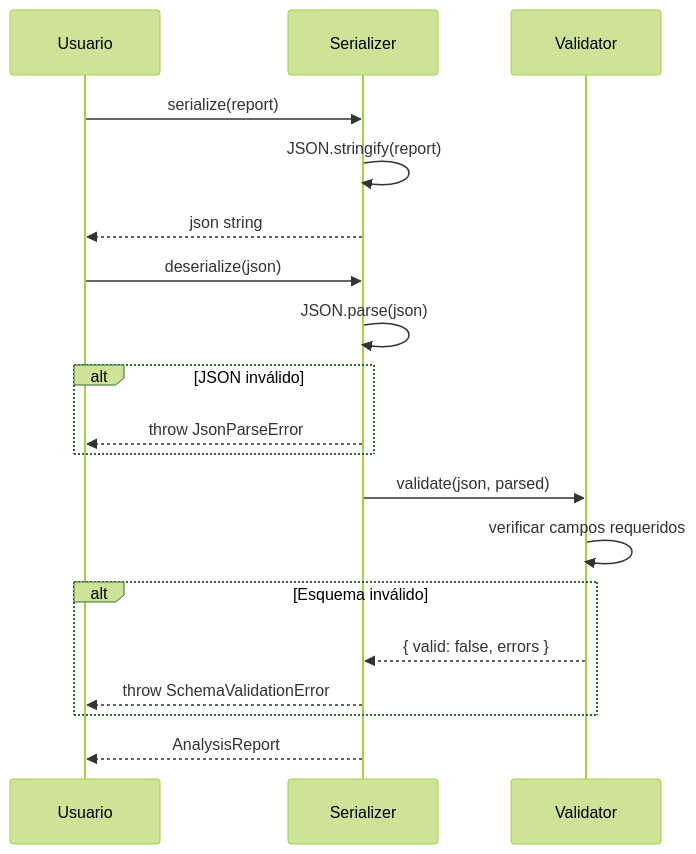
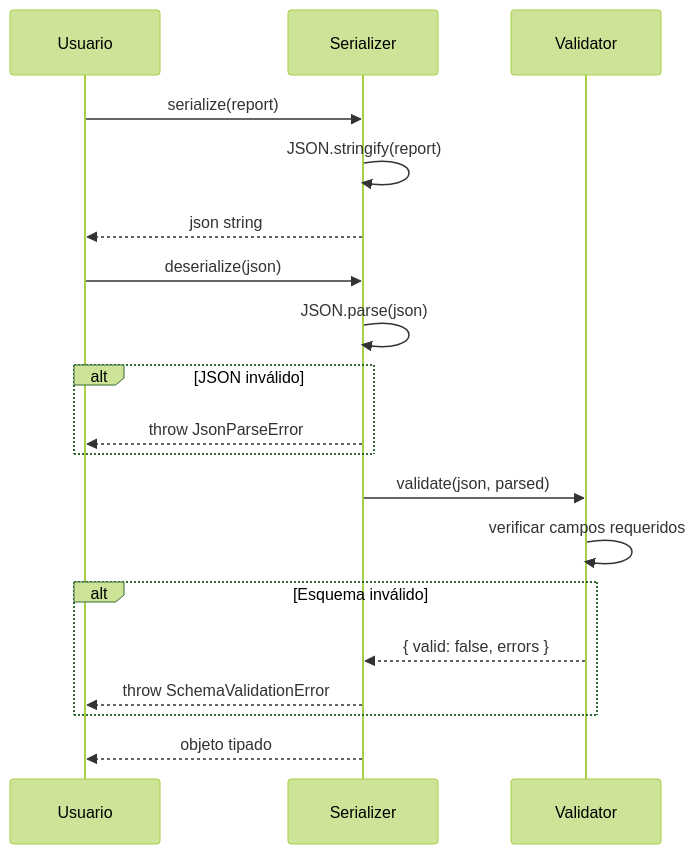
One commit to preyesc/erp-modernization-toolkit changed the ninth of 10 diagrams in docs/sequences.md. Above: the diagram before and after it, drawn with Mermaid (forest theme). The commit also changed other lines of this file and 107 other files, not shown here.

````diff
--- a/docs/sequences.md
+++ b/docs/sequences.md
@@ -163,23 +295,23 @@
 ```mermaid
 sequenceDiagram
     participant U as Usuario
     participant S as Serializer
     participant V as Validator
 
     U->>S: serialize(report)
     S->>S: JSON.stringify(report)
     S-->>U: json string
 
     U->>S: deserialize(json)
     S->>S: JSON.parse(json)
     alt JSON inválido
         S-->>U: throw JsonParseError
     end
     S->>V: validate(json, parsed)
     V->>V: verificar campos requeridos
     alt Esquema inválido
         V-->>S: { valid: false, errors }
         S-->>U: throw SchemaValidationError
     end
-    S-->>U: AnalysisReport
+    S-->>U: objeto tipado
 ```
````
